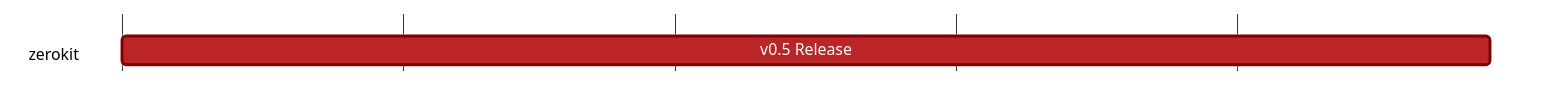
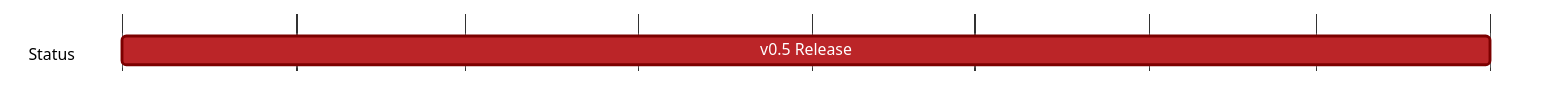
One commit to logos-co/roadmap changed the diagram in content/vac/acz/zerokit/vac/zerokit-v0-5.md. Above: the diagram before and after it, drawn with Mermaid. The commit also changed other lines of this file and 14 other files, not shown here.

Commit message:
chore(acz): new acz roadmap (#66)

````diff
--- a/content/vac/acz/zerokit/vac/zerokit-v0-5.md
+++ b/content/vac/acz/zerokit/vac/zerokit-v0-5.md
@@ -6,20 +6,20 @@
 ```mermaid
 %%{ 
   init: { 
     'theme': 'base', 
     'themeVariables': { 
       'primaryColor': '#BB2528', 
       'primaryTextColor': '#fff', 
       'primaryBorderColor': '#7C0000', 
       'lineColor': '#F8B229', 
       'secondaryColor': '#006100', 
       'tertiaryColor': '#fff' 
     } 
   } 
 }%%
 gantt
   tickInterval 1month
 	dateFormat YYYY-MM-DD
-	section zerokit
-		v0.5 Release: 2023-10-01, 2024-02-29
+	section Status
+		v0.5 Release: 2023-10-01, 2024-06-01
 ```
````
